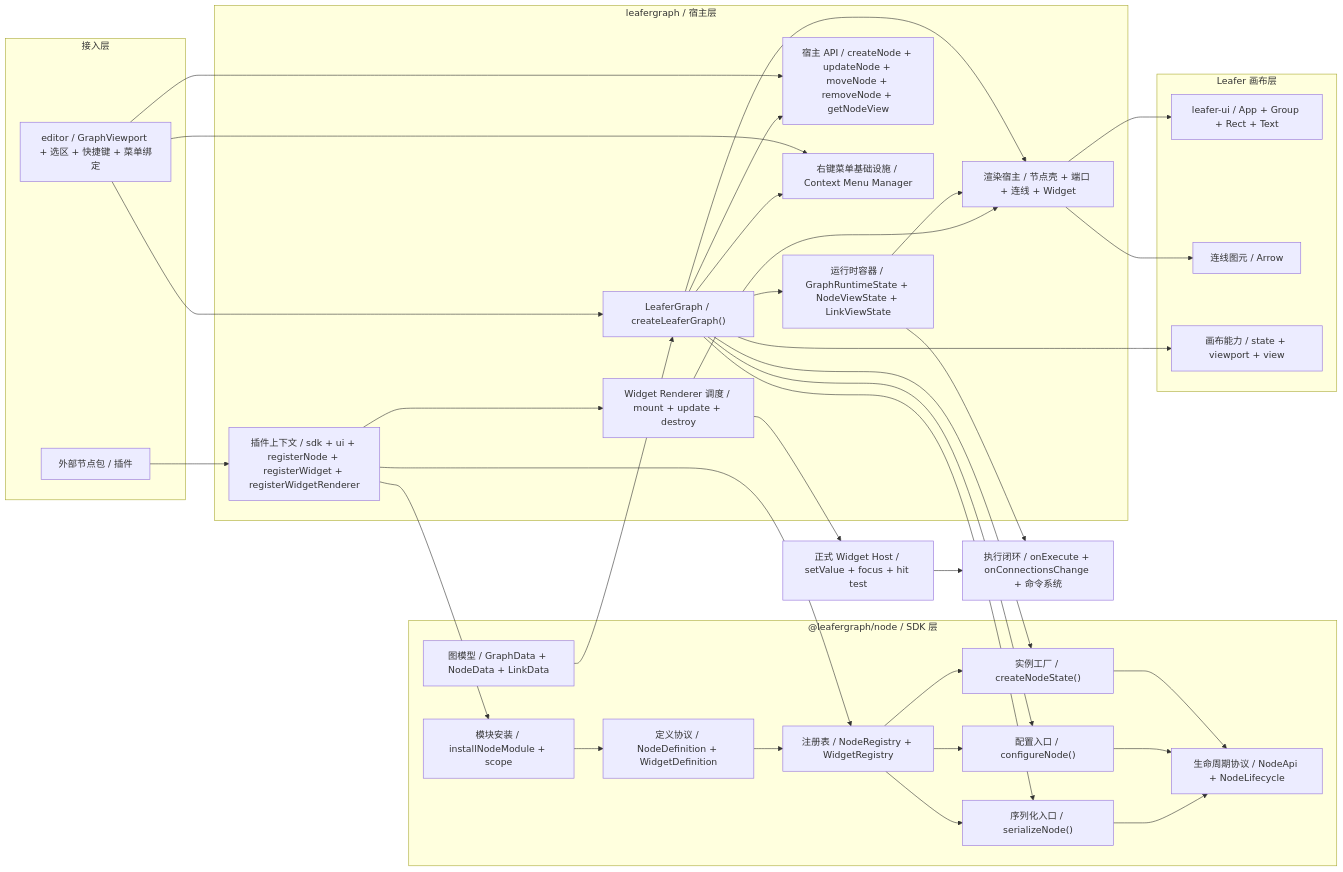
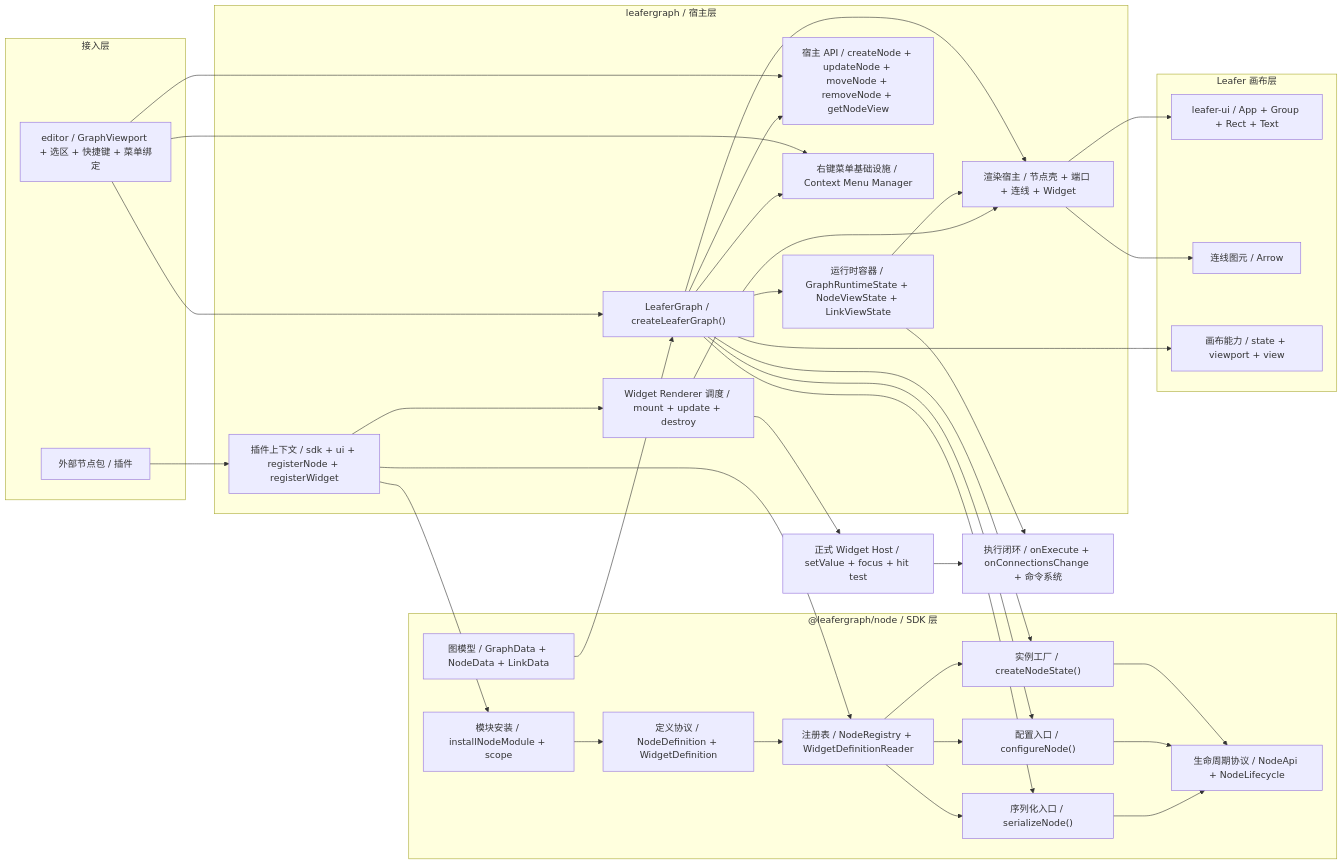
One commit to izumkineno/leafergraph changed the first of 2 diagrams in docs/当前节点计划书.md. Above: the diagram before and after it, drawn with Mermaid. The commit also changed other lines of this file and 35 other files, not shown here.

````diff
--- a/docs/当前节点计划书.md
+++ b/docs/当前节点计划书.md
@@ -101,74 +101,74 @@
 ```mermaid
 flowchart LR
     subgraph external_layer["接入层"]
         ext_plugin["外部节点包 / 插件"]
         ext_editor["editor / GraphViewport + 选区 + 快捷键 + 菜单绑定"]
     end
 
     subgraph sdk_layer["@leafergraph/node / SDK 层"]
         sdk_graph["图模型 / GraphData + NodeData + LinkData"]
         sdk_definition["定义协议 / NodeDefinition + WidgetDefinition"]
-        sdk_registry["注册表 / NodeRegistry + WidgetRegistry"]
+        sdk_registry["注册表 / NodeRegistry + WidgetDefinitionReader"]
         sdk_module["模块安装 / installNodeModule + scope"]
         sdk_factory["实例工厂 / createNodeState()"]
         sdk_configure["配置入口 / configureNode()"]
         sdk_serialize["序列化入口 / serializeNode()"]
         sdk_lifecycle["生命周期协议 / NodeApi + NodeLifecycle"]
     end
 
     subgraph host_layer["leafergraph / 宿主层"]
         host_graph["LeaferGraph / createLeaferGraph()"]
-        host_plugin["插件上下文 / sdk + ui + registerNode + registerWidget + registerWidgetRenderer"]
+        host_plugin["插件上下文 / sdk + ui + registerNode + registerWidget"]
         host_runtime["运行时容器 / GraphRuntimeState + NodeViewState + LinkViewState"]
         host_api["宿主 API / createNode + updateNode + moveNode + removeNode + getNodeView"]
         host_widget["Widget Renderer 调度 / mount + update + destroy"]
         host_render["渲染宿主 / 节点壳 + 端口 + 连线 + Widget"]
         host_menu["右键菜单基础设施 / Context Menu Manager"]
     end
 
     subgraph canvas_layer["Leafer 画布层"]
         canvas_ui["leafer-ui / App + Group + Rect + Text"]
         canvas_arrow["连线图元 / Arrow"]
         canvas_plugin["画布能力 / state + viewport + view"]
     end
 
     future_exec["执行闭环 / onExecute + onConnectionsChange + 命令系统"]
     future_widget["正式 Widget Host / setValue + focus + hit test"]
 
     ext_plugin --> host_plugin
     ext_editor --> host_graph
     ext_editor --> host_menu
     ext_editor --> host_api
 
     host_plugin --> sdk_module
     host_plugin --> sdk_registry
     host_plugin --> host_widget
 
     sdk_module --> sdk_definition
     sdk_definition --> sdk_registry
     sdk_registry --> sdk_factory
     sdk_registry --> sdk_configure
     sdk_registry --> sdk_serialize
     sdk_factory --> sdk_lifecycle
     sdk_configure --> sdk_lifecycle
     sdk_serialize --> sdk_lifecycle
     sdk_graph --> host_graph
 
     host_graph --> host_runtime
     host_graph --> host_api
     host_graph --> host_render
     host_graph --> host_menu
     host_graph --> sdk_factory
     host_graph --> sdk_configure
     host_graph --> sdk_serialize
 
     host_runtime --> host_render
     host_widget --> host_render
     host_render --> canvas_ui
     host_render --> canvas_arrow
     host_graph --> canvas_plugin
 
     host_runtime --> future_exec
     host_widget --> future_widget
     future_widget --> future_exec
 ```
````
